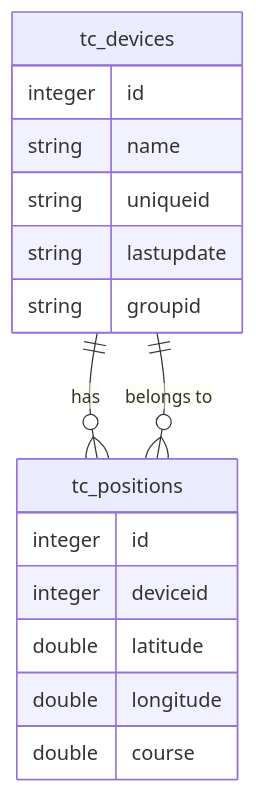
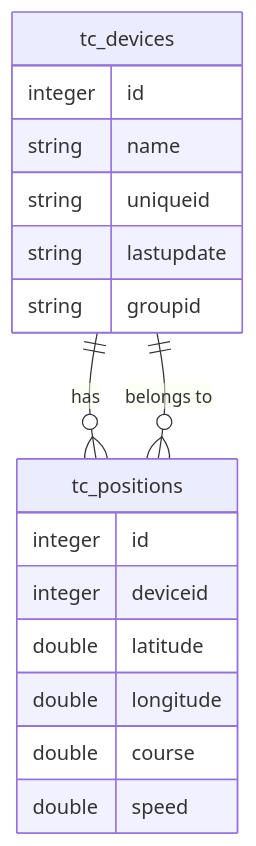
The diagram in linux/database/README.md (kihiukiragu/helpers), drawn with Mermaid before and after one commit. The commit also changed other lines of this file, not shown here.

````diff
--- a/linux/database/README.md
+++ b/linux/database/README.md
@@ -95,21 +98,22 @@
 ```mermaid
 erDiagram
     tc_devices ||--o{ tc_positions : "has"
     tc_positions }o--|| tc_devices : "belongs to"
 
     tc_devices {
         integer id
         string name
         string uniqueid
         string lastupdate
         string groupid
     }
 
     tc_positions {
         integer id
         integer deviceid
         double latitude
         double longitude
         double course
+        double speed
     }
 ```
````
